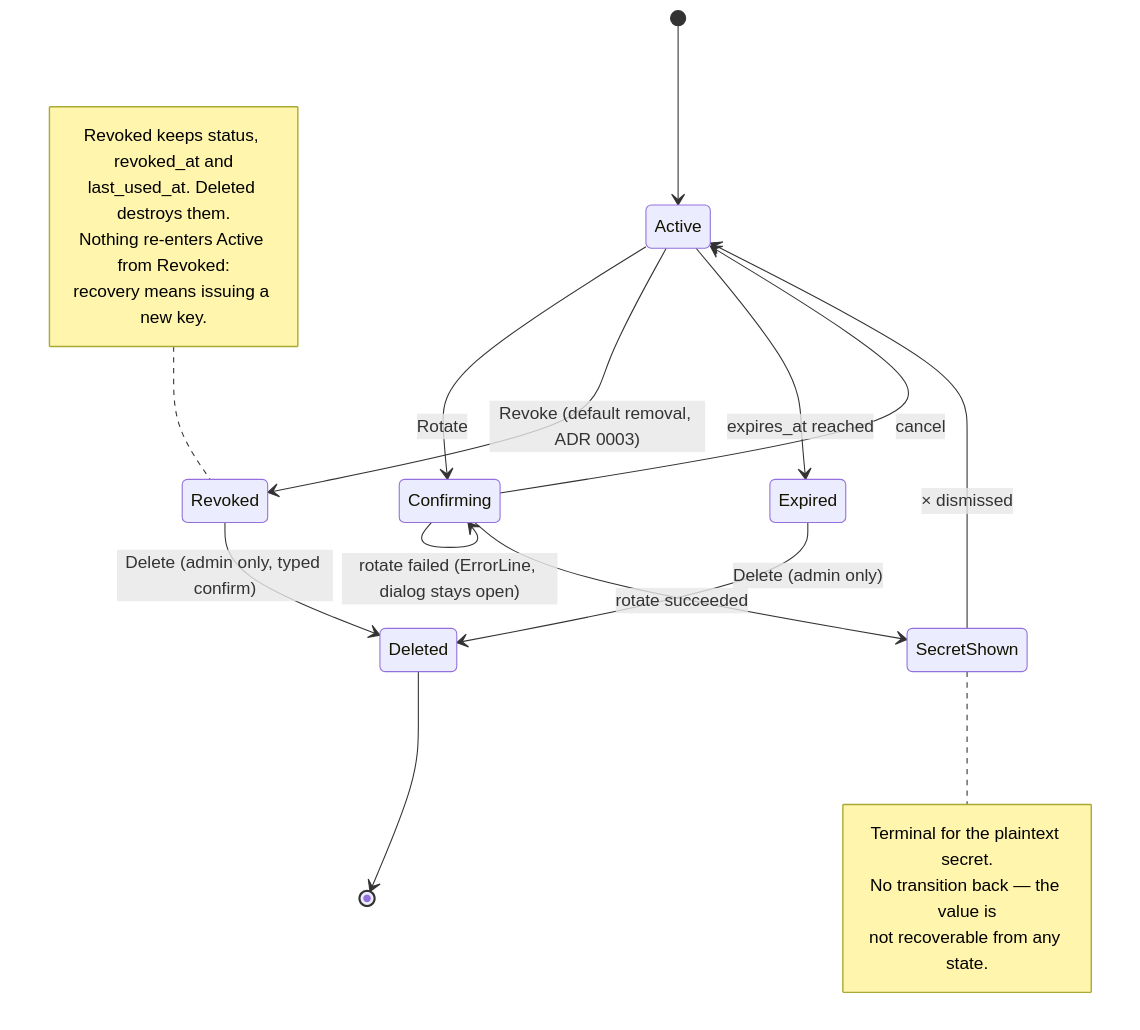
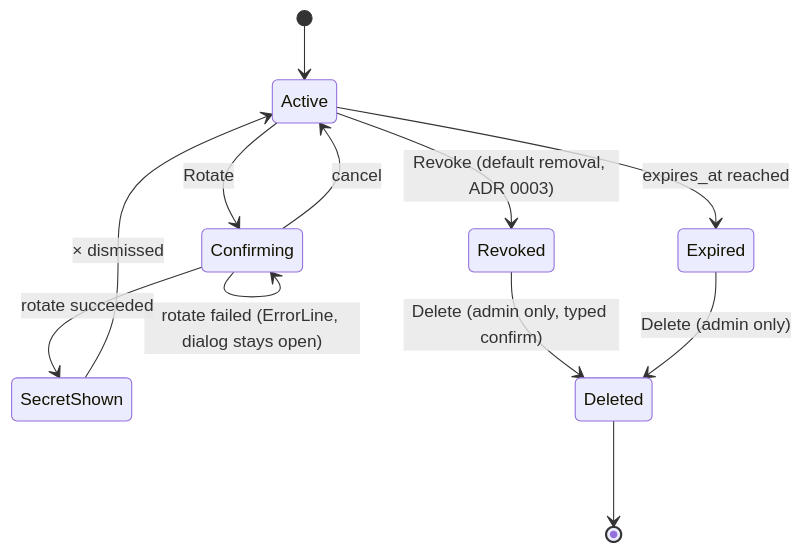
One commit to ADORSYS-GIS/converse-frontends changed the second of 6 diagrams in docs/design/console-redesign/README.md. Above: the diagram before and after it, drawn with Mermaid. The commit also changed other lines of this file and 13 other files, not shown here.

````diff
--- a/docs/design/console-redesign/README.md
+++ b/docs/design/console-redesign/README.md
@@ -539,26 +489,15 @@
 ```mermaid
 stateDiagram-v2
     [*] --> Active
     Active --> Confirming: Rotate
     Confirming --> Active: cancel
     Confirming --> Confirming: name typed but not matching
     Confirming --> SecretShown: rotate succeeded
     Confirming --> Confirming: rotate failed (ErrorLine, dialog stays open)
     SecretShown --> Active: × dismissed
-    note right of SecretShown
-        Terminal for the plaintext secret.
-        No transition back — the value is
-        not recoverable from any state.
-    end note
     Active --> Revoked: Revoke (default removal, ADR 0003)
     Revoked --> Deleted: Delete (admin only, typed confirm)
     Active --> Expired: expires_at reached
     Expired --> Deleted: Delete (admin only)
     Deleted --> [*]
-    note left of Revoked
-        Revoked keeps status, revoked_at and
-        last_used_at. Deleted destroys them.
-        Nothing re-enters Active from Revoked:
-        recovery means issuing a new key.
-    end note
 ```
````
